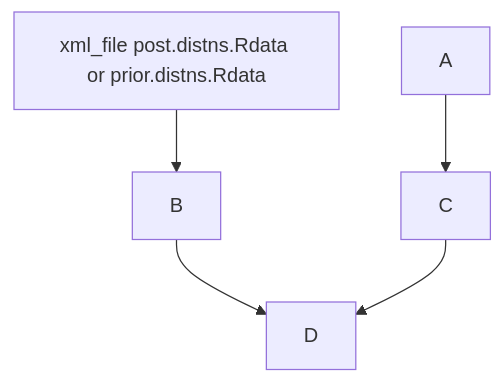
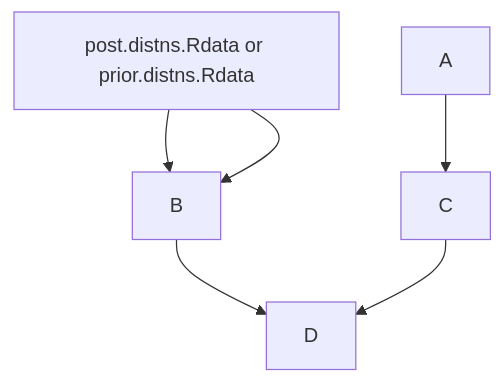
Before and after one commit to ecamo19/gsoc_project_2022_vm: the diagram in README.md, drawn with Mermaid.

````diff
--- a/README.md
+++ b/README.md
@@ -49,7 +49,8 @@
 ```mermaid
   graph TD;
-      inputs[xml_file post.distns.Rdata or prior.distns.Rdata]-->B;
+      inputs[xml_file]-->B;
+      inputs[post.distns.Rdata or prior.distns.Rdata]-->B;
       A-->C;
       B-->D;
       C-->D;
 ```
````
